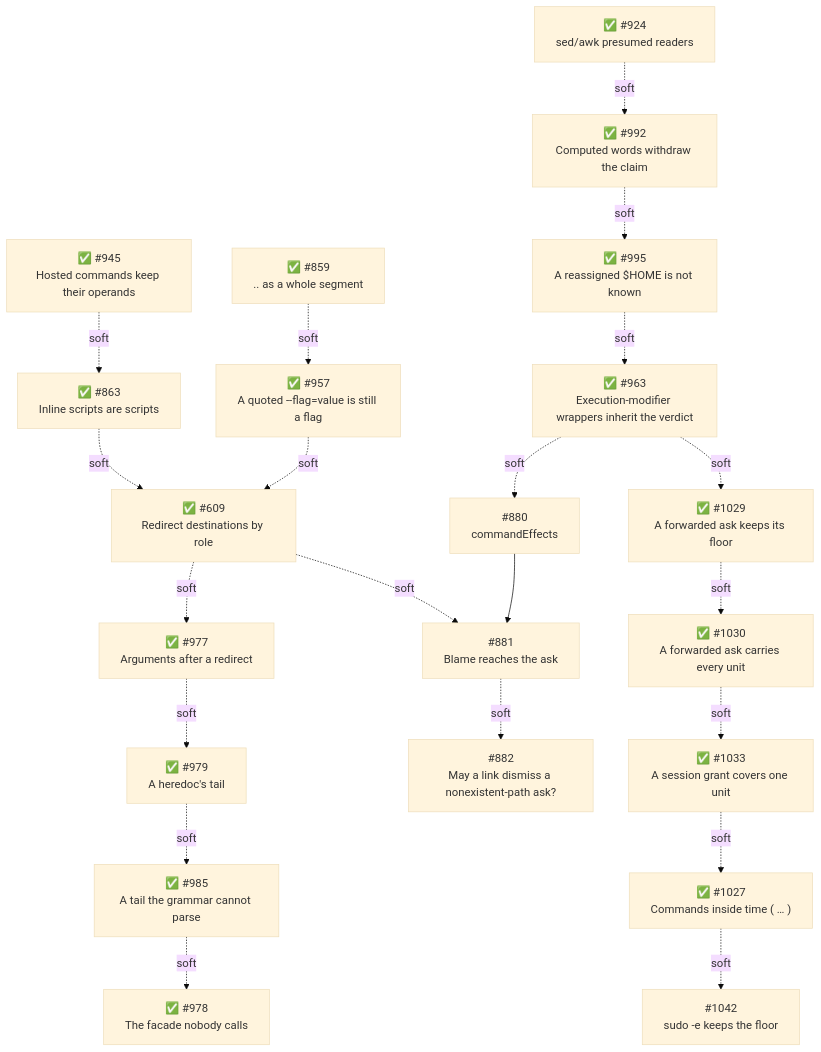
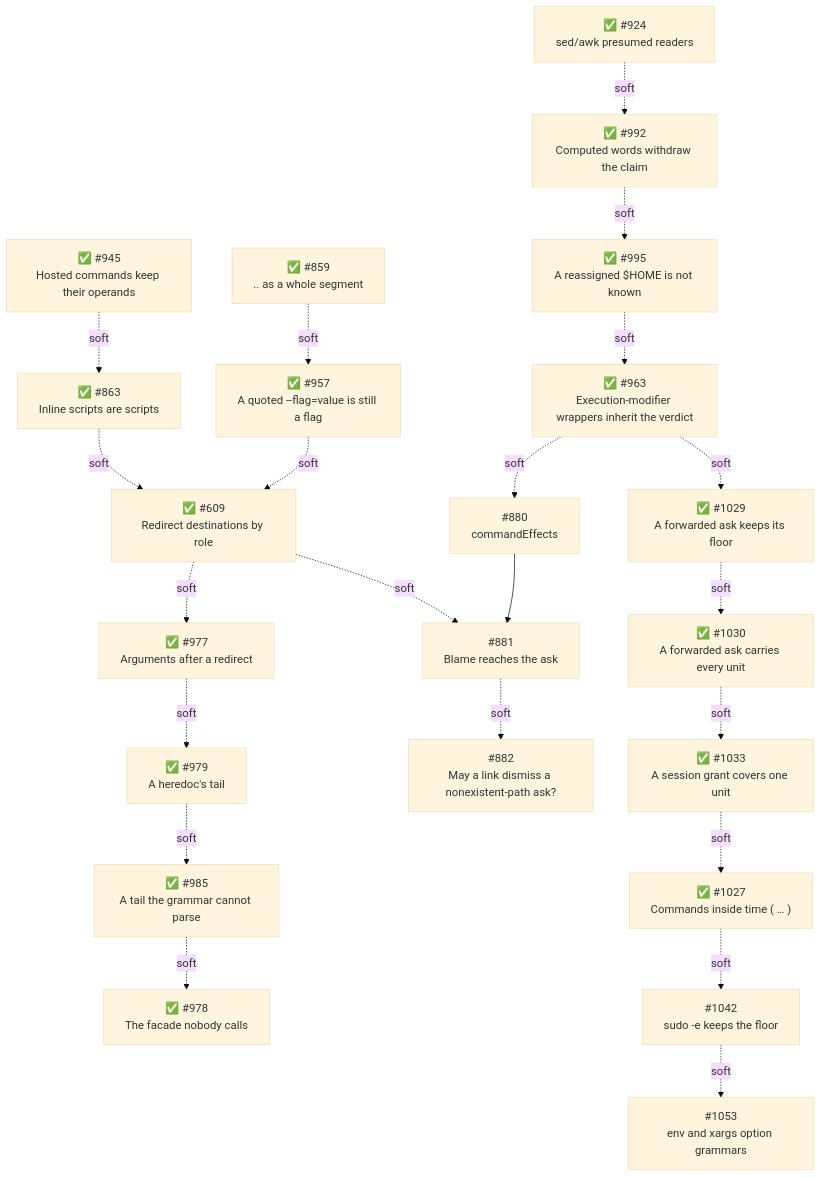
One commit to gotgenes/pi-packages changed the fourth of 4 diagrams in packages/pi-permission-system/docs/architecture/architecture.md. Above: the diagram before and after it, drawn with Mermaid (base theme). The commit also changed other lines of this file, not shown here.

````diff
--- a/packages/pi-permission-system/docs/architecture/architecture.md
+++ b/packages/pi-permission-system/docs/architecture/architecture.md
@@ -1793,23 +1809,24 @@
 ```mermaid
 flowchart TD
     S945["✅ #945<br/>Hosted commands keep their operands"] -.soft.-> S863["✅ #863<br/>Inline scripts are scripts"]
     S863 -.soft.-> S609["✅ #609<br/>Redirect destinations by role"]
     S859["✅ #859<br/>.. as a whole segment"] -.soft.-> S957["✅ #957<br/>A quoted --flag=value is still a flag"]
     S957 -.soft.-> S609
     S924["✅ #924<br/>sed/awk presumed readers"] -.soft.-> S992["✅ #992<br/>Computed words withdraw the claim"]
     S992 -.soft.-> S995["✅ #995<br/>A reassigned $HOME is not known"]
     S995 -.soft.-> S963["✅ #963<br/>Execution-modifier wrappers inherit the verdict"]
     S963 -.soft.-> S1029["✅ #1029<br/>A forwarded ask keeps its floor"]
     S1029 -.soft.-> S1030["✅ #1030<br/>A forwarded ask carries every unit"]
     S1030 -.soft.-> S1033["✅ #1033<br/>A session grant covers one unit"]
     S1033 -.soft.-> S1027["✅ #1027<br/>Commands inside time ( … )"]
     S1027 -.soft.-> S1042["#1042<br/>sudo -e keeps the floor"]
+    S1042 -.soft.-> S1053["#1053<br/>env and xargs option grammars"]
     S963 -.soft.-> S880["#880<br/>commandEffects"]
     S880 --> S881["#881<br/>Blame reaches the ask"]
     S609 -.soft.-> S881
     S609 -.soft.-> S977["✅ #977<br/>Arguments after a redirect"]
     S977 -.soft.-> S979["✅ #979<br/>A heredoc's tail"]
     S979 -.soft.-> S985["✅ #985<br/>A tail the grammar cannot parse"]
     S985 -.soft.-> S978["✅ #978<br/>The facade nobody calls"]
     S881 -.soft.-> S882["#882<br/>May a link dismiss a nonexistent-path ask?"]
 ```
````
